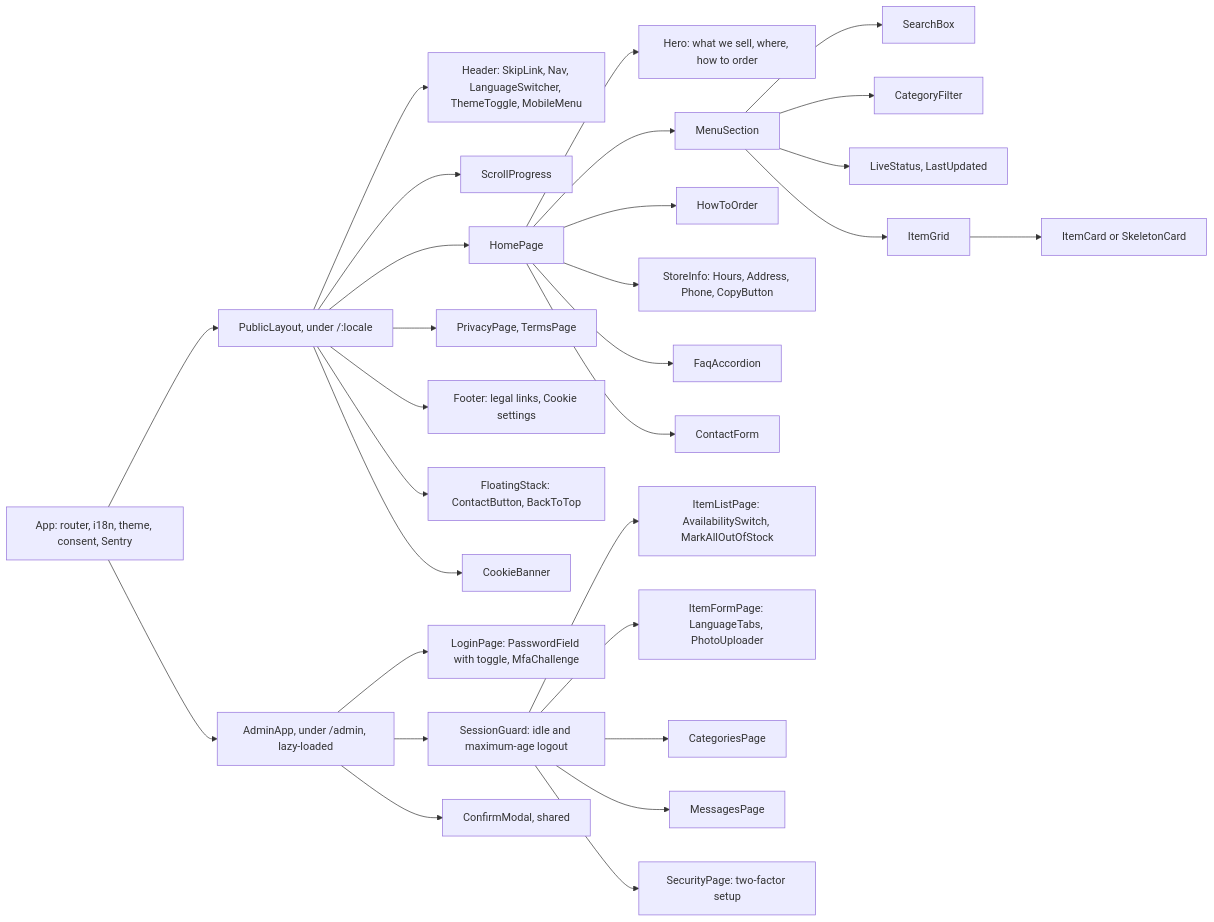
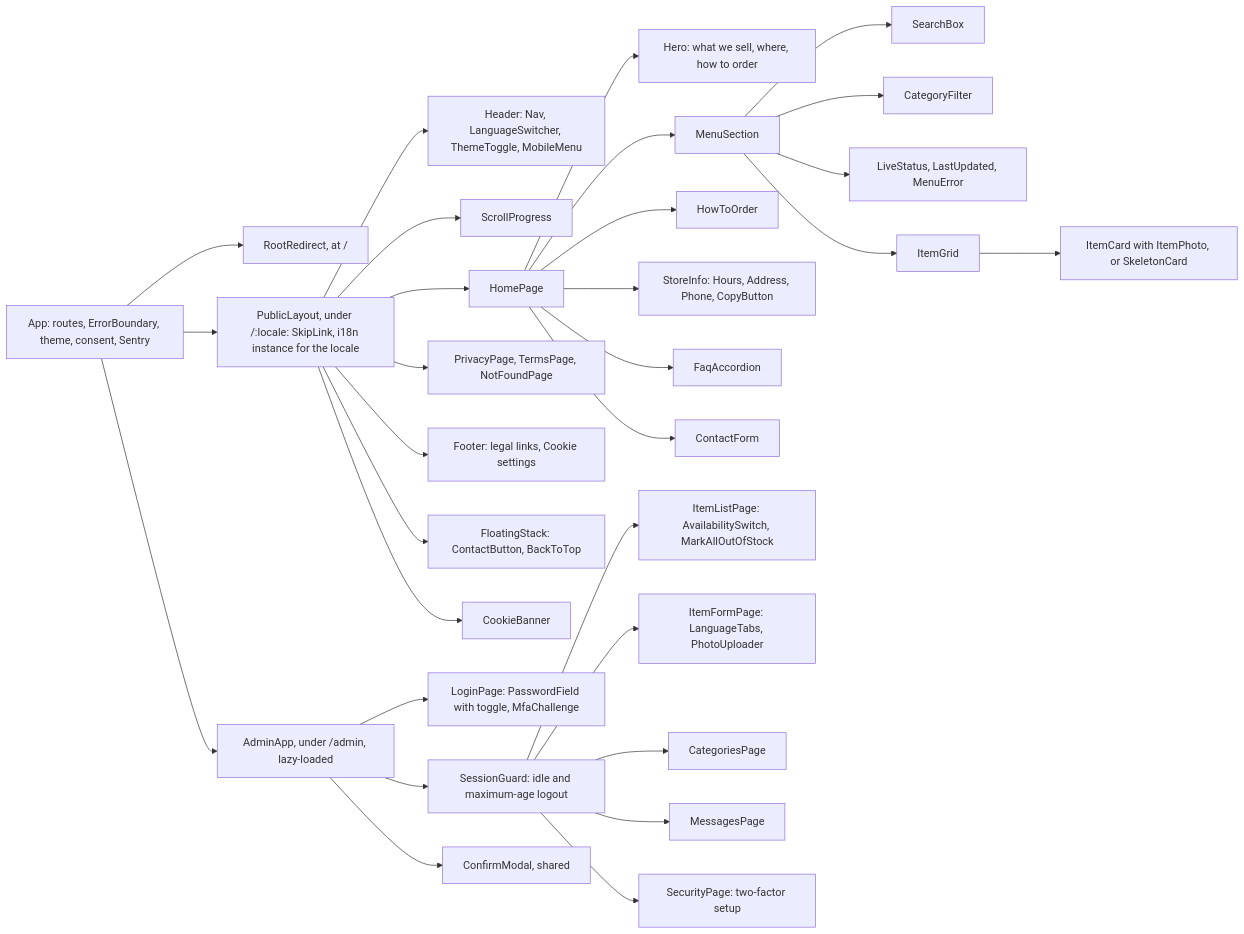
The first of 8 diagrams in docs/SDD.md (thatguyKire/seoul-mate-minimart), drawn with Mermaid before and after one commit. The commit also changed other lines of this file and 82 other files, not shown here.

````diff
--- a/docs/SDD.md
+++ b/docs/SDD.md
@@ -42,31 +45,32 @@
 ```mermaid
 flowchart LR
-  App["App: router, i18n, theme, consent, Sentry"] --> Public["PublicLayout, under /:locale"]
+  App["App: routes, ErrorBoundary, theme, consent, Sentry"] --> Root["RootRedirect, at /"]
+  App --> Public["PublicLayout, under /:locale: SkipLink, i18n instance for the locale"]
   App --> AdminApp["AdminApp, under /admin, lazy-loaded"]
-  Public --> Header["Header: SkipLink, Nav, LanguageSwitcher, ThemeToggle, MobileMenu"]
+  Public --> Header["Header: Nav, LanguageSwitcher, ThemeToggle, MobileMenu"]
   Public --> Progress["ScrollProgress"]
   Public --> Home["HomePage"]
-  Public --> Legal["PrivacyPage, TermsPage"]
+  Public --> Legal["PrivacyPage, TermsPage, NotFoundPage"]
   Public --> Footer["Footer: legal links, Cookie settings"]
   Public --> Floating["FloatingStack: ContactButton, BackToTop"]
   Public --> Banner["CookieBanner"]
   Home --> Hero["Hero: what we sell, where, how to order"]
   Home --> MenuSection["MenuSection"]
   MenuSection --> Search["SearchBox"]
   MenuSection --> Filter["CategoryFilter"]
-  MenuSection --> Live["LiveStatus, LastUpdated"]
+  MenuSection --> Live["LiveStatus, LastUpdated, MenuError"]
   MenuSection --> Grid["ItemGrid"]
-  Grid --> Card["ItemCard or SkeletonCard"]
+  Grid --> Card["ItemCard with ItemPhoto, or SkeletonCard"]
   Home --> HowTo["HowToOrder"]
   Home --> Info["StoreInfo: Hours, Address, Phone, CopyButton"]
   Home --> Faq["FaqAccordion"]
   Home --> Contact["ContactForm"]
   AdminApp --> Login["LoginPage: PasswordField with toggle, MfaChallenge"]
   AdminApp --> Guard["SessionGuard: idle and maximum-age logout"]
   Guard --> Items["ItemListPage: AvailabilitySwitch, MarkAllOutOfStock"]
   Guard --> ItemForm["ItemFormPage: LanguageTabs, PhotoUploader"]
   Guard --> Cats["CategoriesPage"]
   Guard --> Msgs["MessagesPage"]
   Guard --> Sec["SecurityPage: two-factor setup"]
   AdminApp --> Modal["ConfirmModal, shared"]
 ```
````
